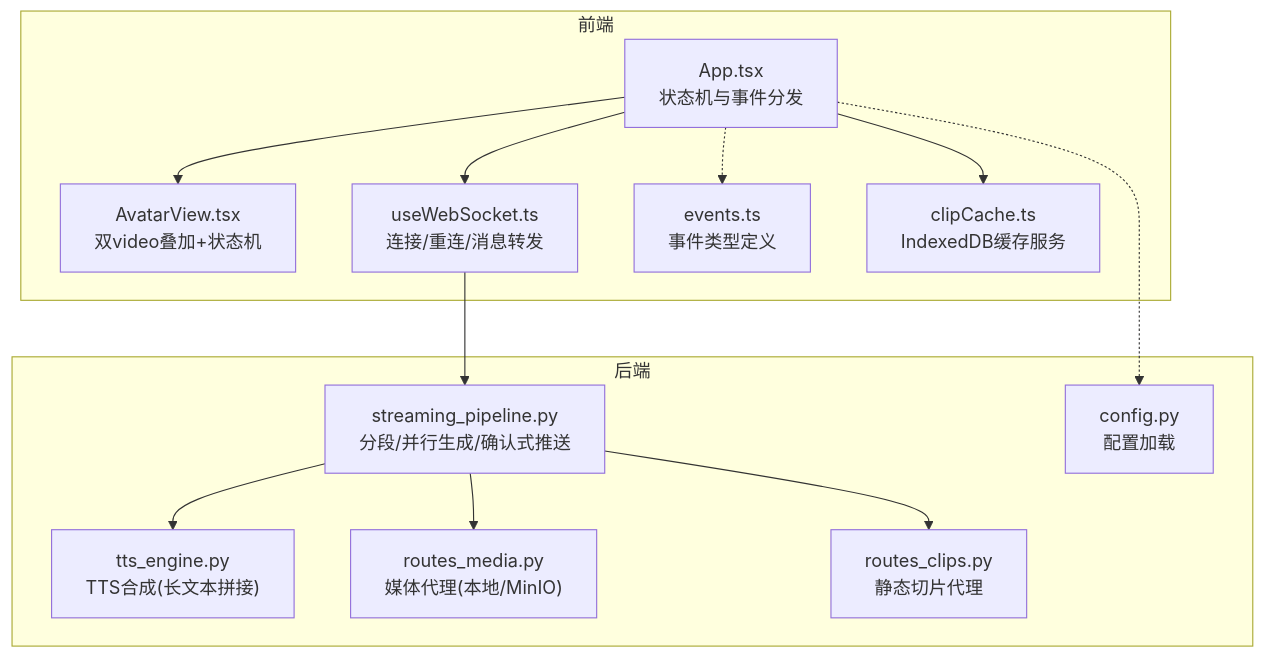
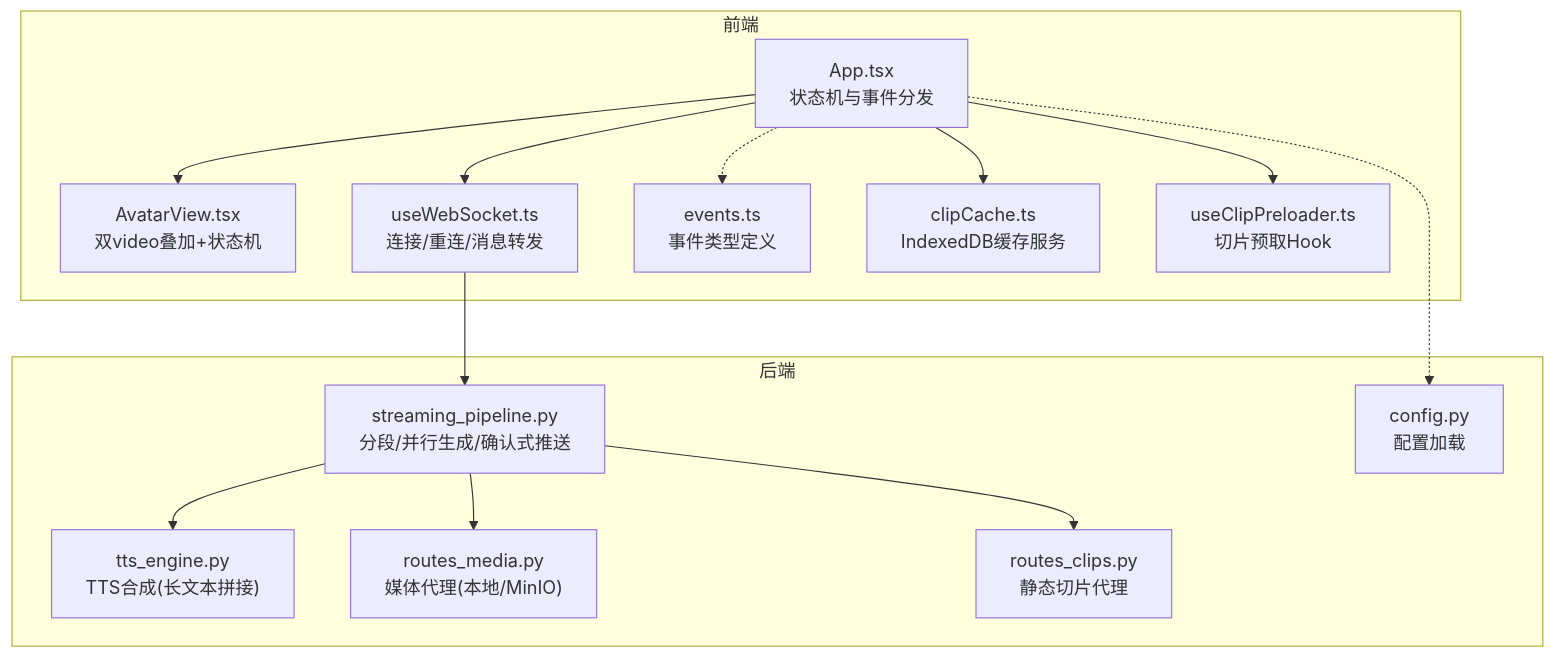
One commit to leo21cn/real-time-talk changed the first of 6 diagrams in .qoder/repowiki/zh/content/前端应用/虚拟形象系统.md. Above: the diagram before and after it, drawn with Mermaid. The commit also changed other lines of this file and 36 other files, not shown here.

````diff
--- a/.qoder/repowiki/zh/content/前端应用/虚拟形象系统.md
+++ b/.qoder/repowiki/zh/content/前端应用/虚拟形象系统.md
@@ -45,26 +47,28 @@
 ```mermaid
 graph TB
 subgraph "前端"
 A["App.tsx<br/>状态机与事件分发"]
 B["AvatarView.tsx<br/>双video叠加+状态机"]
 C["useWebSocket.ts<br/>连接/重连/消息转发"]
 D["events.ts<br/>事件类型定义"]
 E["clipCache.ts<br/>IndexedDB缓存服务"]
+F["useClipPreloader.ts<br/>切片预取Hook"]
 end
 subgraph "后端"
-F["streaming_pipeline.py<br/>分段/并行生成/确认式推送"]
-G["tts_engine.py<br/>TTS合成(长文本拼接)"]
-H["routes_media.py<br/>媒体代理(本地/MinIO)"]
-I["routes_clips.py<br/>静态切片代理"]
-J["config.py<br/>配置加载"]
+G["streaming_pipeline.py<br/>分段/并行生成/确认式推送"]
+H["tts_engine.py<br/>TTS合成(长文本拼接)"]
+I["routes_media.py<br/>媒体代理(本地/MinIO)"]
+J["routes_clips.py<br/>静态切片代理"]
+K["config.py<br/>配置加载"]
 end
 A --> B
 A --> C
 A --> E
-C --> F
-F --> G
-F --> H
-F --> I
+A --> F
+C --> G
+G --> H
+G --> I
+G --> J
 A -.-> D
-A -.-> J
+A -.-> K
 ```
````
